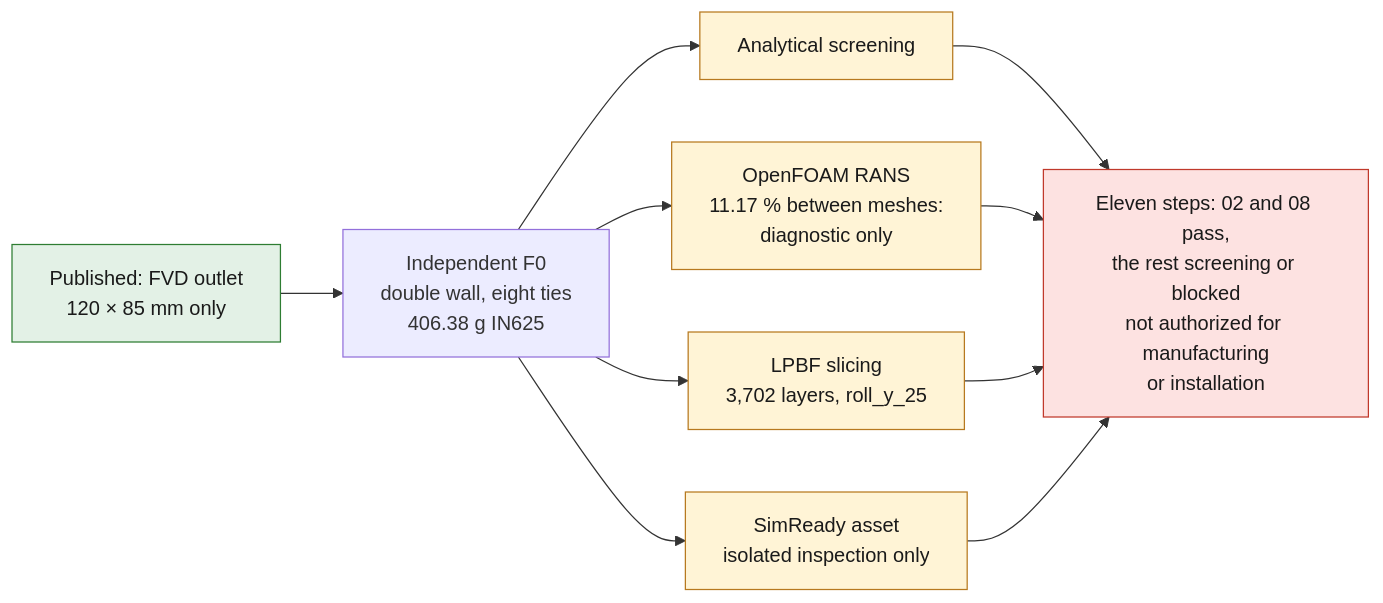
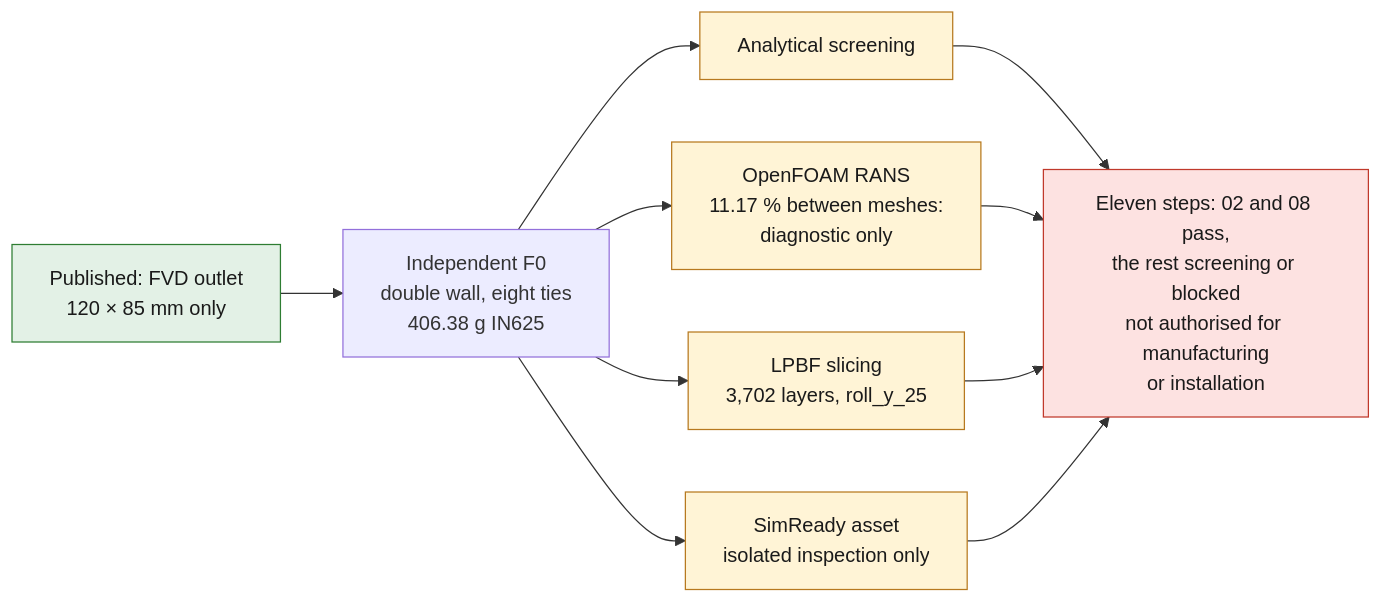
The diagram in docs/993/993_OVAL_EXHAUST_TIP_IN625_F0.md (cluster2600/porscheparts), drawn with Mermaid before and after one commit. The commit also changed other lines of this file and 480 other files, not shown here.

````diff
--- a/docs/993/993_OVAL_EXHAUST_TIP_IN625_F0.md
+++ b/docs/993/993_OVAL_EXHAUST_TIP_IN625_F0.md
@@ -16,18 +16,18 @@
 ```mermaid
 flowchart LR
   S["Published: FVD outlet<br/>120 × 85 mm only"] --> G["Independent F0<br/>double wall, eight ties<br/>406.38 g IN625"]
   G --> A["Analytical screening"]
   G --> C["OpenFOAM RANS<br/>11.17 % between meshes:<br/>diagnostic only"]
   G --> P["LPBF slicing<br/>3,702 layers, roll_y_25"]
   G --> U["SimReady asset<br/>isolated inspection only"]
-  A --> V["Eleven steps: 02 and 08 pass,<br/>the rest screening or blocked<br/>not authorized for manufacturing<br/>or installation"]
+  A --> V["Eleven steps: 02 and 08 pass,<br/>the rest screening or blocked<br/>not authorised for manufacturing<br/>or installation"]
   C --> V
   P --> V
   U --> V
   class S ok
   class A,C,P,U open
   class V stop
   classDef stop fill:#fde2e1,stroke:#c0392b,color:#1a1a1a;
   classDef ok fill:#e3f1e6,stroke:#2e7d32,color:#1a1a1a;
   classDef open fill:#fff4d6,stroke:#b7791f,color:#1a1a1a;
 ```
````
